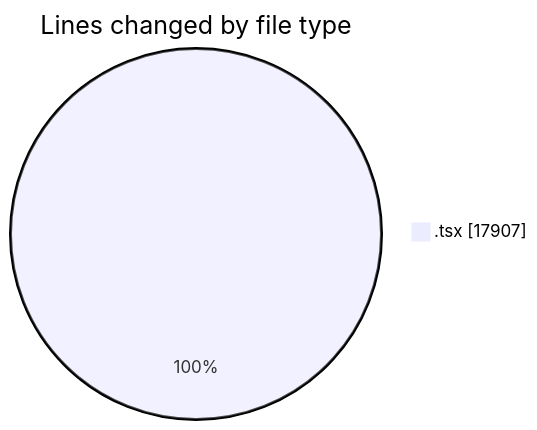
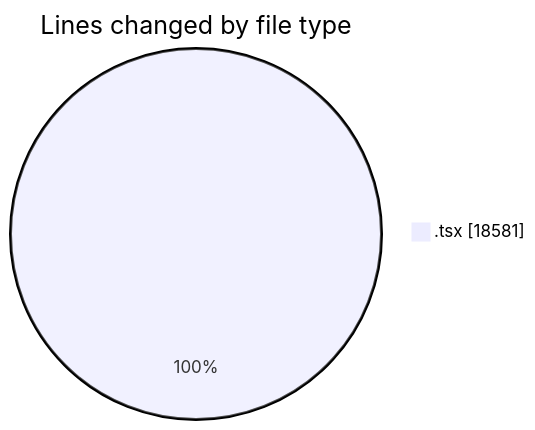
One commit to nxtqubesakshisongat/code-tracking changed the first of 2 diagrams in 2026-08-23/nxtqube_webapp/README.md. Above: the diagram before and after it, drawn with Mermaid. The commit also changed other lines of this file and 1 other file, not shown here.

````diff
--- a/2026-08-23/nxtqube_webapp/README.md
+++ b/2026-08-23/nxtqube_webapp/README.md
@@ -50,5 +51,5 @@
 ```mermaid
 pie showData
 title Lines changed by file type
-".tsx" : 17907
+".tsx" : 18581
 ```
````
